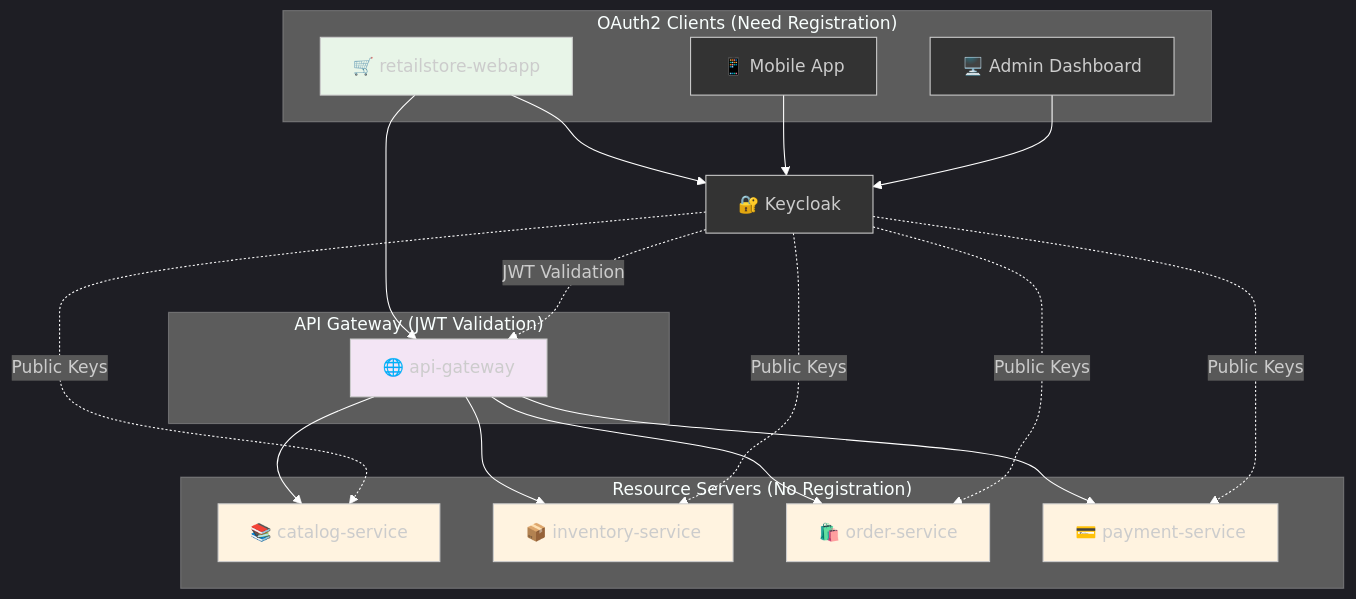
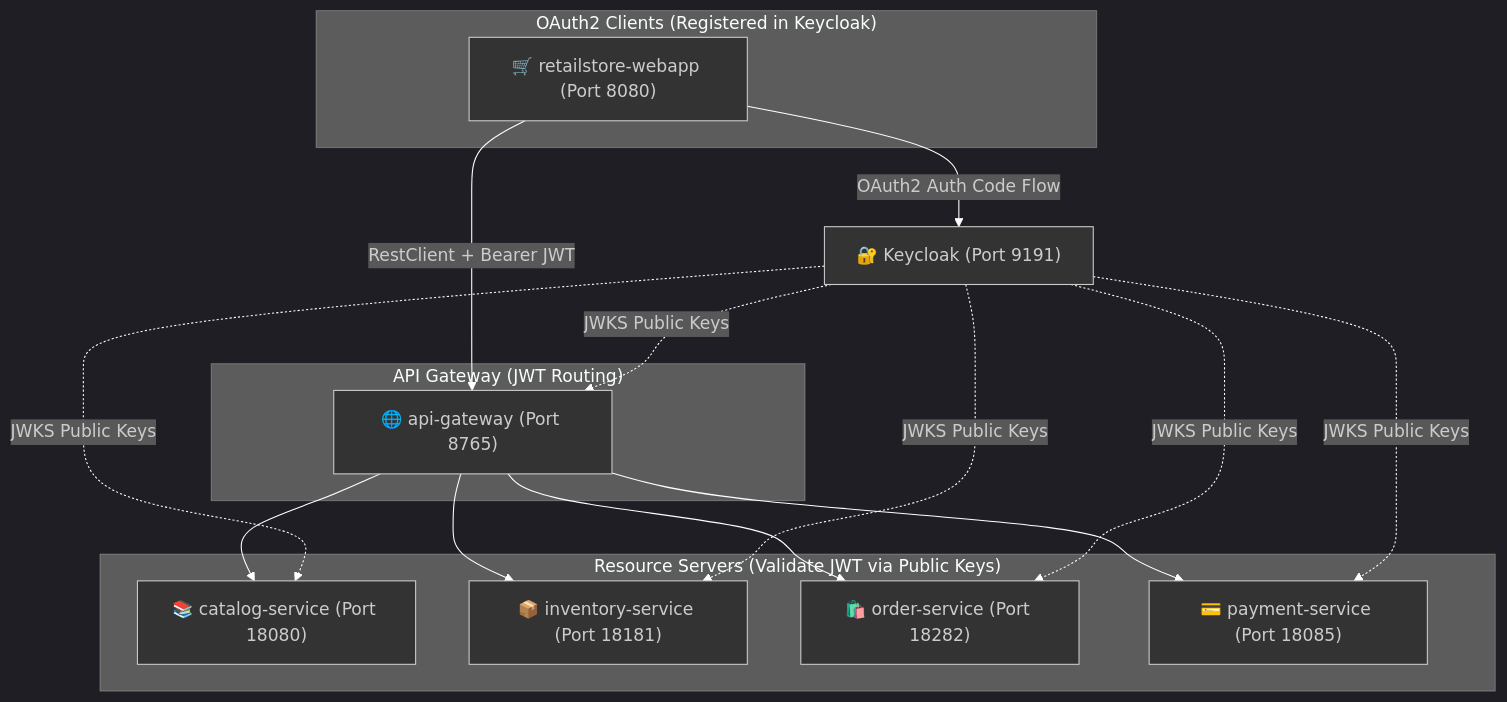
Before and after one commit to rajadilipkolli/spring-boot-microservices-series-v2: the third of 4 diagrams in retail-store-webapp/Keycloak-Realm-Configuration-Explained.md, drawn with Mermaid. The commit also changed other lines of this file and 51 other files, not shown here.

````diff
--- a/retail-store-webapp/Keycloak-Realm-Configuration-Explained.md
+++ b/retail-store-webapp/Keycloak-Realm-Configuration-Explained.md
@@ -140,43 +150,31 @@
 ```mermaid
 %%{init: {'theme':'dark', 'themeVariables': {'primaryColor': '#333333', 'primaryTextColor': '#ffffff', 'primaryBorderColor': '#ffffff', 'lineColor': '#ffffff', 'secondaryColor': '#444444', 'tertiaryColor': '#555555', 'background': '#000000', 'mainBkg': '#333333', 'secondBkg': '#444444', 'tertiaryBkg': '#555555'}}}%%
 flowchart TD
-    subgraph "OAuth2 Clients (Need Registration)"
-        A[🛒 retailstore-webapp]
-        B[📱 Mobile App]
-        C[🖥️ Admin Dashboard]
+    subgraph "OAuth2 Clients (Registered in Keycloak)"
+        A["🛒 retailstore-webapp (Port 8080)"]
     end
     
-    subgraph "Resource Servers (No Registration)"
-        D[📚 catalog-service]
-        E[📦 inventory-service]
-        F[🛍️ order-service]
-        G[💳 payment-service]
+    subgraph "Resource Servers (Validate JWT via Public Keys)"
+        D["📚 catalog-service (Port 18080)"]
+        E["📦 inventory-service (Port 18181)"]
+        F["🛍️ order-service (Port 18282)"]
+        G["💳 payment-service (Port 18085)"]
     end
     
-    subgraph "API Gateway (JWT Validation)"
-        H[🌐 api-gateway]
+    subgraph "API Gateway (JWT Routing)"
+        H["🌐 api-gateway (Port 8765)"]
     end
     
-    A --> I[🔐 Keycloak]
-    B --> I
-    C --> I
-    
-    A --> H
+    A -->|"OAuth2 Auth Code Flow"| I["🔐 Keycloak (Port 9191)"]
+    A -->|"RestClient + Bearer JWT"| H
     H --> D
     H --> E
     H --> F
     H --> G
     
-    I -.->|JWT Validation| H
-    I -.->|Public Keys| D
-    I -.->|Public Keys| E
-    I -.->|Public Keys| F
-    I -.->|Public Keys| G
-    
-    style A fill:#e8f5e8
-    style D fill:#fff3e0
-    style E fill:#fff3e0
-    style F fill:#fff3e0
-    style G fill:#fff3e0
-    style H fill:#f3e5f5
+    I -.->|"JWKS Public Keys"| H
+    I -.->|"JWKS Public Keys"| D
+    I -.->|"JWKS Public Keys"| E
+    I -.->|"JWKS Public Keys"| F
+    I -.->|"JWKS Public Keys"| G
 ```
````
